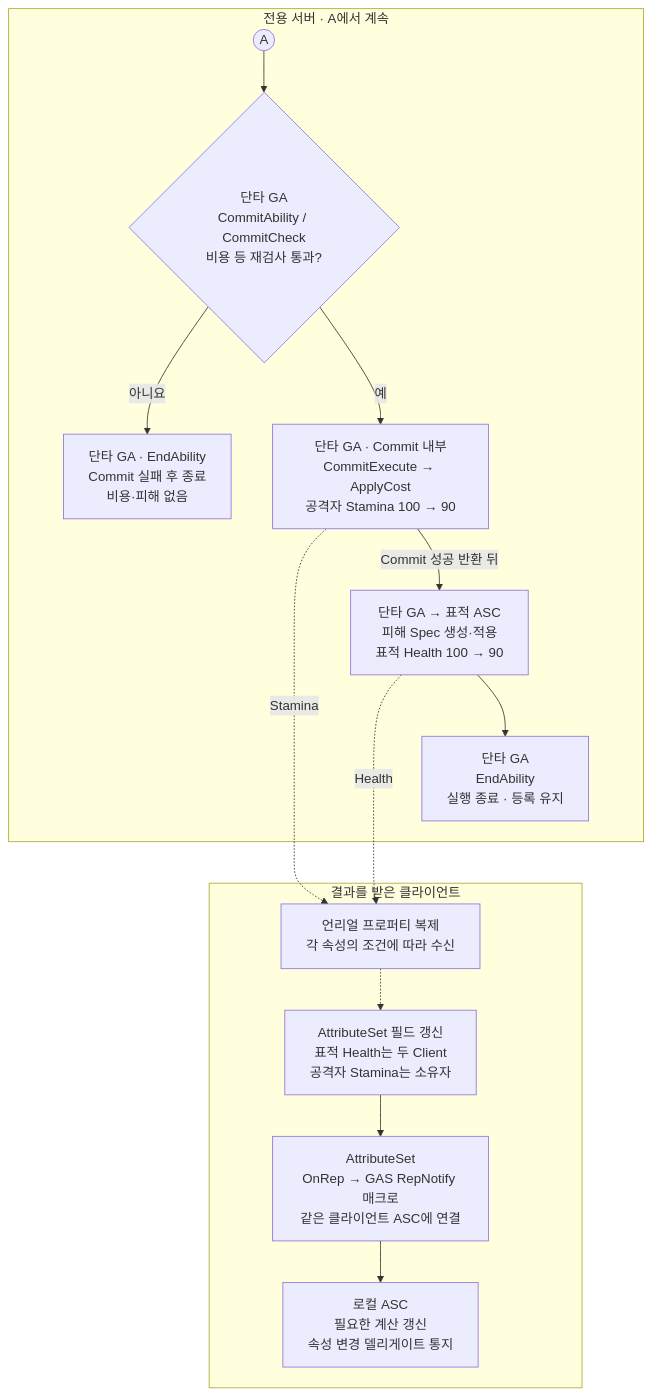
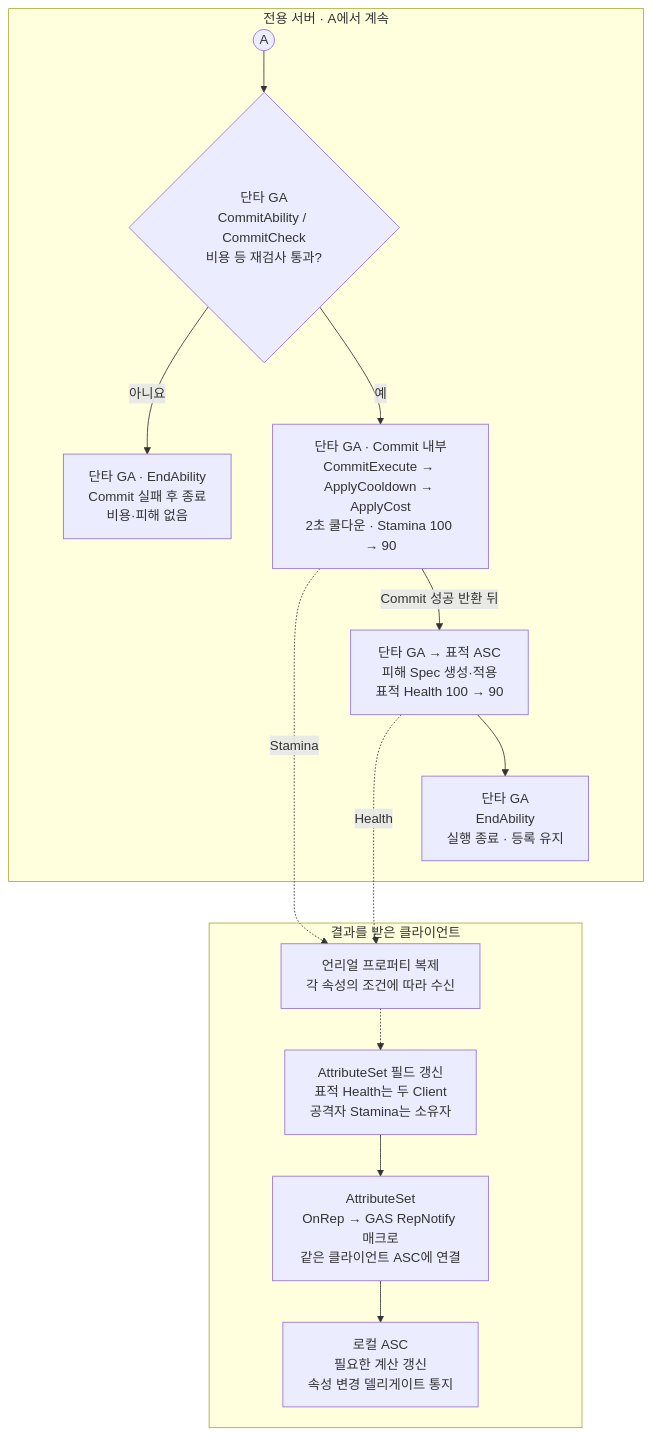
The second of 2 diagrams in Docs/Learning/GASMeleeAttack.md (Razria93/CoopRPG), drawn with Mermaid before and after one commit. The commit also changed other lines of this file and 15 other files, not shown here.

````diff
--- a/Docs/Learning/GASMeleeAttack.md
+++ b/Docs/Learning/GASMeleeAttack.md
@@ -69,27 +69,27 @@
 ```mermaid
 flowchart TD
     subgraph Server["전용 서버 · A에서 계속"]
         Continue(("A"))
         Commit{"단타 GA<br/>CommitAbility / CommitCheck<br/>비용 등 재검사 통과?"}
         CommitStop["단타 GA · EndAbility<br/>Commit 실패 후 종료<br/>비용·피해 없음"]
-        Cost["단타 GA · Commit 내부<br/>CommitExecute → ApplyCost<br/>공격자 Stamina 100 → 90"]
+        Cost["단타 GA · Commit 내부<br/>CommitExecute → ApplyCooldown → ApplyCost<br/>2초 쿨다운 · Stamina 100 → 90"]
         Damage["단타 GA → 표적 ASC<br/>피해 Spec 생성·적용<br/>표적 Health 100 → 90"]
         Finish["단타 GA<br/>EndAbility<br/>실행 종료 · 등록 유지"]
         Continue --> Commit
         Commit -->|아니요| CommitStop
         Commit -->|예| Cost
         Cost -->|Commit 성공 반환 뒤| Damage
         Damage --> Finish
     end
     subgraph Clients["결과를 받은 클라이언트"]
         Replication["언리얼 프로퍼티 복제<br/>각 속성의 조건에 따라 수신"]
         Props["AttributeSet 필드 갱신<br/>표적 Health는 두 Client<br/>공격자 Stamina는 소유자"]
         OnRep["AttributeSet<br/>OnRep → GAS RepNotify 매크로<br/>같은 클라이언트 ASC에 연결"]
         Notify["로컬 ASC<br/>필요한 계산 갱신<br/>속성 변경 델리게이트 통지"]
         Props --> OnRep --> Notify
     end
     Cost -. Stamina .-> Replication
     Damage -. Health .-> Replication
     Replication -.-> Props
     Finish ~~~ Replication
 ```
````
